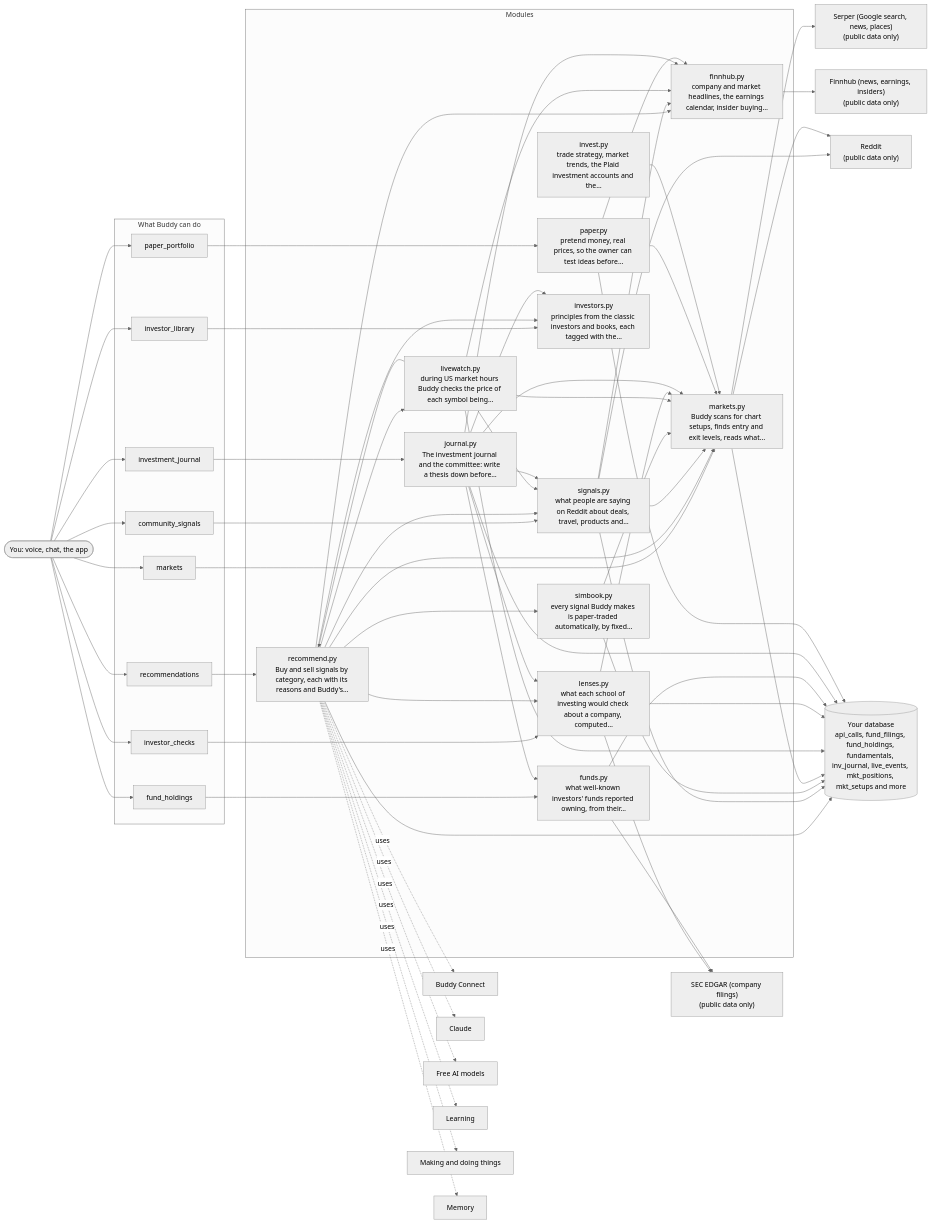
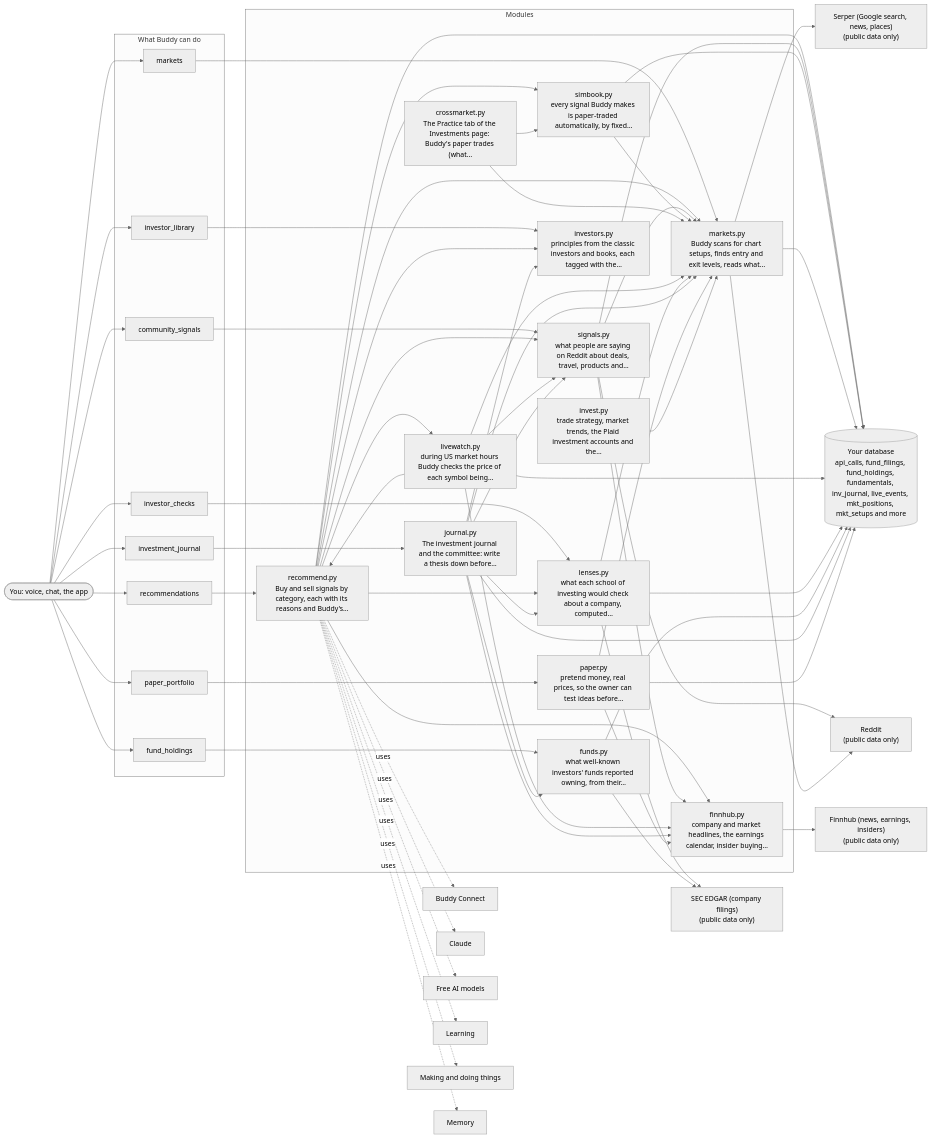
The diagram in docs/architecture/12-investing.md (aneesh304810/BuddyAgent), drawn with Mermaid (neutral theme) before and after one commit. The commit also changed other lines of this file and 9 other files, not shown here.

First line of the commit message:
Investments page: Practice tab with paper trades, reasons, markets and crypto links

```diff
--- a/docs/architecture/12-investing.md
+++ b/docs/architecture/12-investing.md
@@ -21,6 +21,7 @@
         recommend_py["recommend.py<br/>Buy and sell signals by category, each with its reasons and Buddy's…"]
         signals_py["signals.py<br/>what people are saying on Reddit about deals, travel, products and…"]
         simbook_py["simbook.py<br/>every signal Buddy makes is paper-traded automatically, by fixed…"]
+        crossmarket_py["crossmarket.py<br/>The Practice tab of the Investments page: Buddy's paper trades (what…"]
         markets_py["markets.py<br/>Buddy scans for chart setups, finds entry and exit levels, reads what…"]
         livewatch_py["livewatch.py<br/>during US market hours Buddy checks the price of each symbol being…"]
         lenses_py["lenses.py<br/>what each school of investing would check about a company, computed…"]
@@ -57,6 +58,8 @@
     signals_py --> finnhub_py
     signals_py --> markets_py
     simbook_py --> markets_py
+    crossmarket_py --> markets_py
+    crossmarket_py --> simbook_py
     livewatch_py --> finnhub_py
     livewatch_py --> markets_py
     livewatch_py --> recommend_py
```
